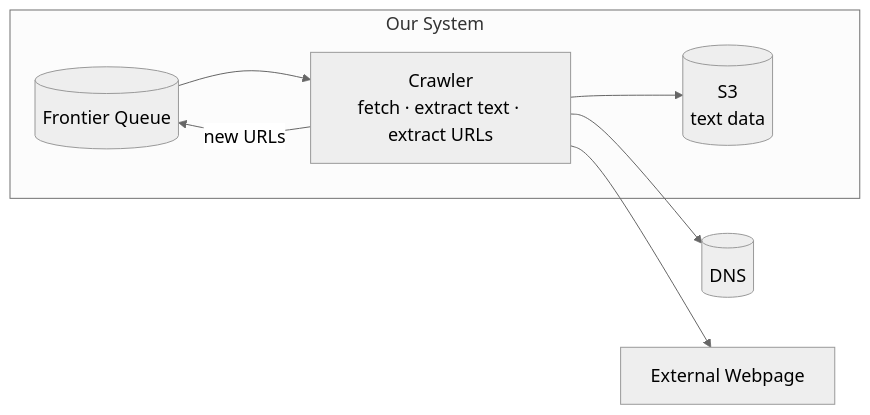
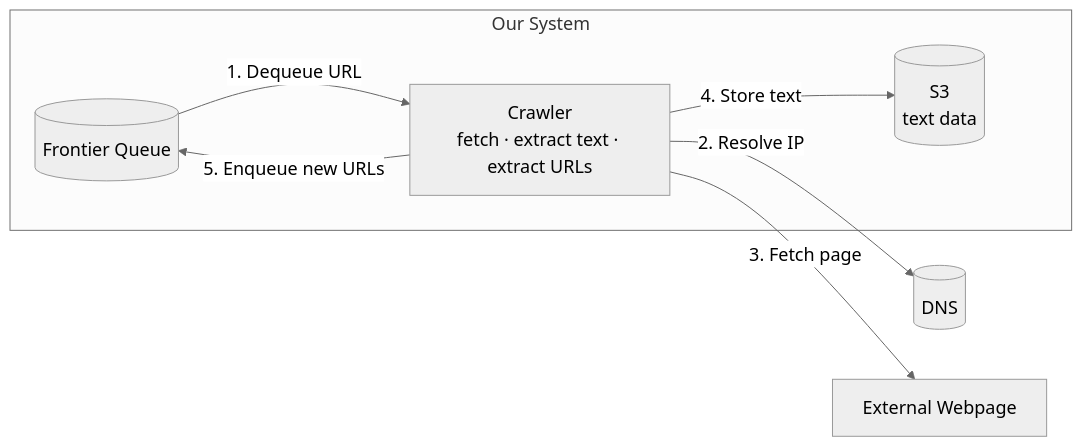
Before and after one commit to vipi-n/swe-101: the second of 7 diagrams in hld/webcrawler.md, drawn with Mermaid. The commit also changed other lines of this file, not shown here.

````diff
--- a/hld/webcrawler.md
+++ b/hld/webcrawler.md
@@ -128,17 +128,17 @@
 ```mermaid
 %%{init: {'theme': 'neutral', 'themeVariables': {'fontSize': '18px'}}}%%
 flowchart LR
     subgraph SYS[Our System]
         FQ[(Frontier Queue)]
         CR[Crawler<br/>fetch · extract text · extract URLs]
         S3[(S3<br/>text data)]
     end
     DNS[(DNS)]
     WEB[External Webpage]
 
-    FQ --> CR
-    CR --> DNS
-    CR --> WEB
-    CR --> S3
-    CR -- new URLs --> FQ
+    FQ -->|1. Dequeue URL| CR
+    CR -->|2. Resolve IP| DNS
+    CR -->|3. Fetch page| WEB
+    CR -->|4. Store text| S3
+    CR -->|5. Enqueue new URLs| FQ
 ```
````
